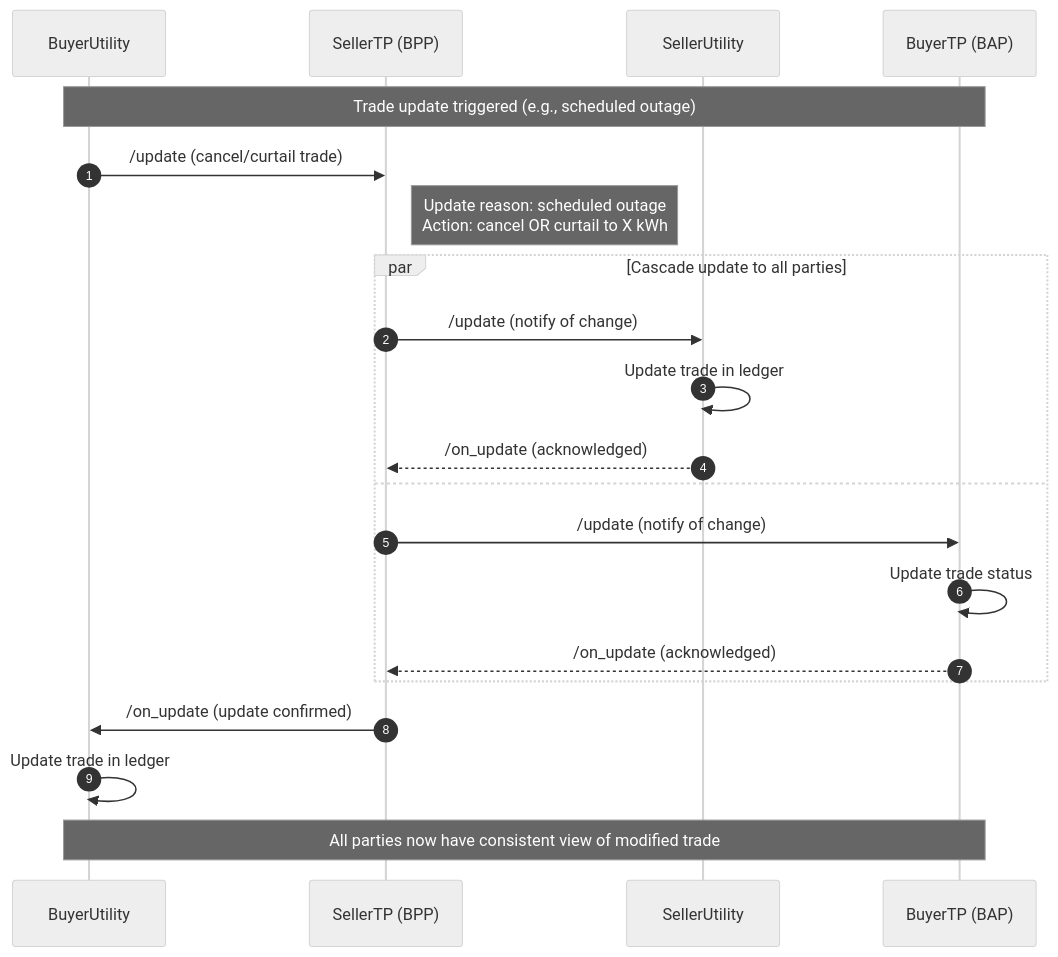
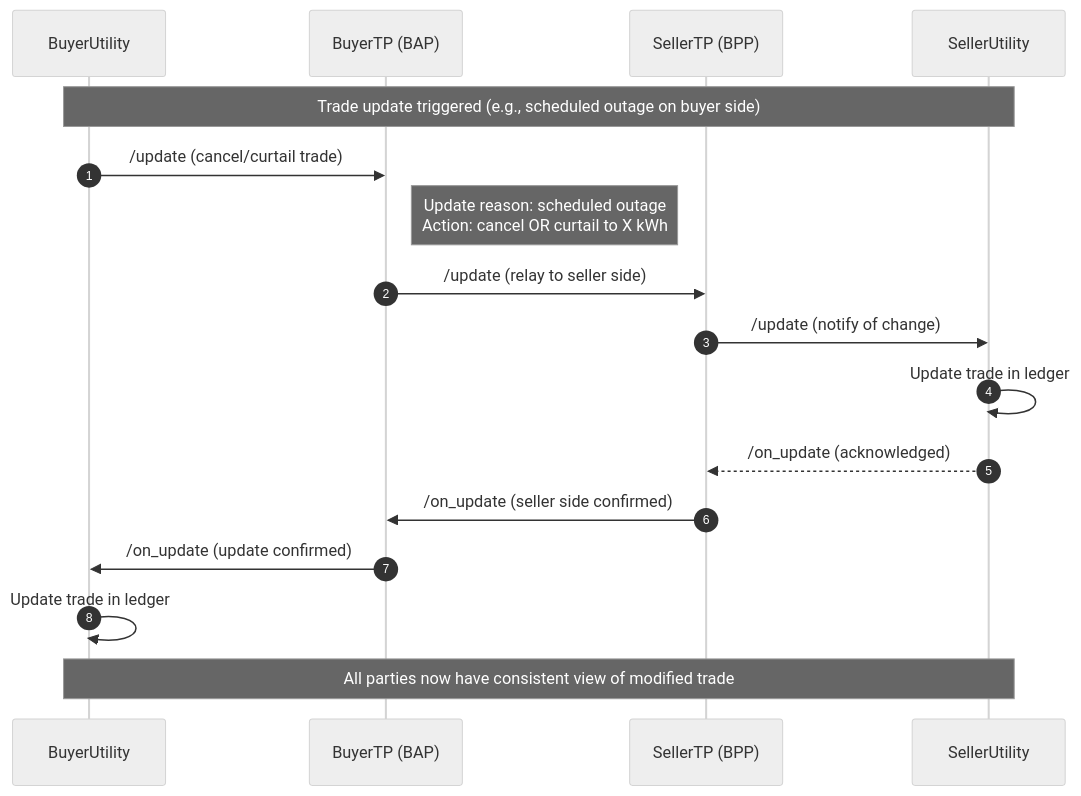
One commit to areebahmeddd/digital-energy-grid changed the sixth of 10 diagrams in docs/implementation-guides/v2/P2P_Trading/Inter_energy_retailer_P2P_trading_altarch_draft.md. Above: the diagram before and after it, drawn with Mermaid (neutral theme). The commit also changed other lines of this file, not shown here.

Commit message:
update seq diagram

````diff
--- a/docs/implementation-guides/v2/P2P_Trading/Inter_energy_retailer_P2P_trading_altarch_draft.md
+++ b/docs/implementation-guides/v2/P2P_Trading/Inter_energy_retailer_P2P_trading_altarch_draft.md
@@ -272,28 +299,22 @@
 ```mermaid
 sequenceDiagram
     autonumber
     participant BuyerUtility as BuyerUtility
+    participant BuyerTP as BuyerTP (BAP)
     participant SellerTP as SellerTP (BPP)
     participant SellerUtility as SellerUtility
-    participant BuyerTP as BuyerTP (BAP)
 
-    Note over BuyerUtility,BuyerTP: Trade update triggered (e.g., scheduled outage)
+    Note over BuyerUtility,SellerUtility: Trade update triggered (e.g., scheduled outage on buyer side)
 
-    BuyerUtility->>SellerTP: /update (cancel/curtail trade)
-    Note right of SellerTP: Update reason: scheduled outage<br/>Action: cancel OR curtail to X kWh
-
-    par Cascade update to all parties
-        SellerTP->>SellerUtility: /update (notify of change)
-        SellerUtility->>SellerUtility: Update trade in ledger
-        SellerUtility-->>SellerTP: /on_update (acknowledged)
-    and
-        SellerTP->>BuyerTP: /update (notify of change)
-        BuyerTP->>BuyerTP: Update trade status
-        BuyerTP-->>SellerTP: /on_update (acknowledged)
-    end
-
-    SellerTP->>BuyerUtility: /on_update (update confirmed)
+    BuyerUtility->>BuyerTP: /update (cancel/curtail trade)
+    Note right of BuyerTP: Update reason: scheduled outage<br/>Action: cancel OR curtail to X kWh
+    BuyerTP->>SellerTP: /update (relay to seller side)
+    SellerTP->>SellerUtility: /update (notify of change)
+    SellerUtility->>SellerUtility: Update trade in ledger
+    SellerUtility-->>SellerTP: /on_update (acknowledged)
+    SellerTP->>BuyerTP: /on_update (seller side confirmed)
+    BuyerTP->>BuyerUtility: /on_update (update confirmed)
     BuyerUtility->>BuyerUtility: Update trade in ledger
 
-    Note over BuyerUtility,BuyerTP: All parties now have consistent view of modified trade
+    Note over BuyerUtility,SellerUtility: All parties now have consistent view of modified trade
 ```
````
